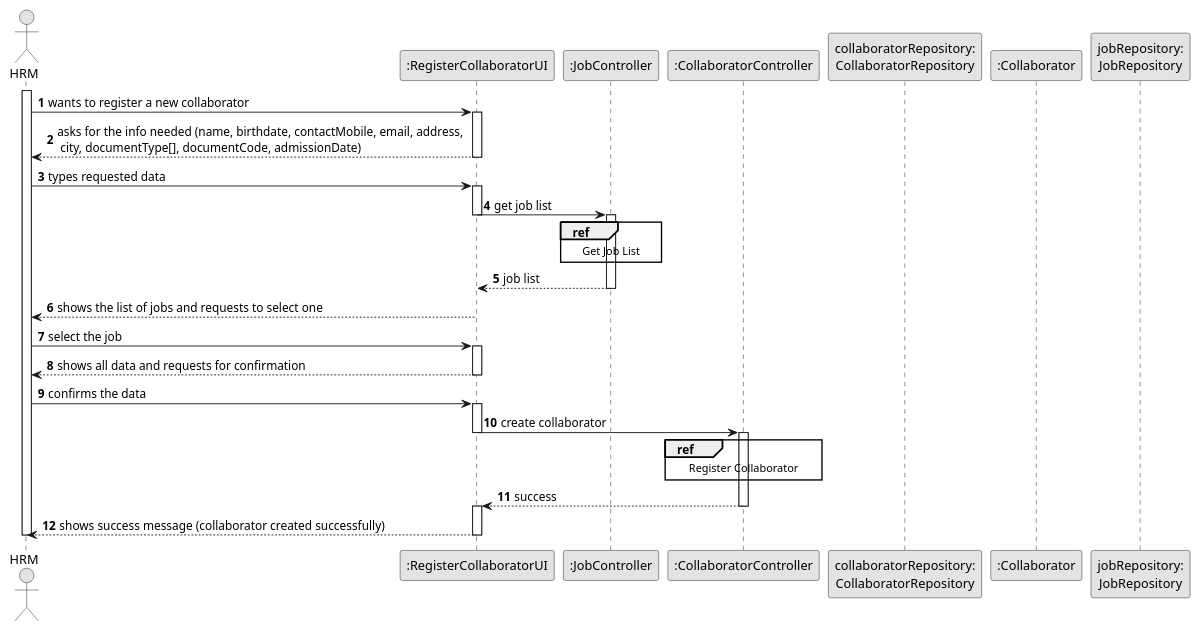
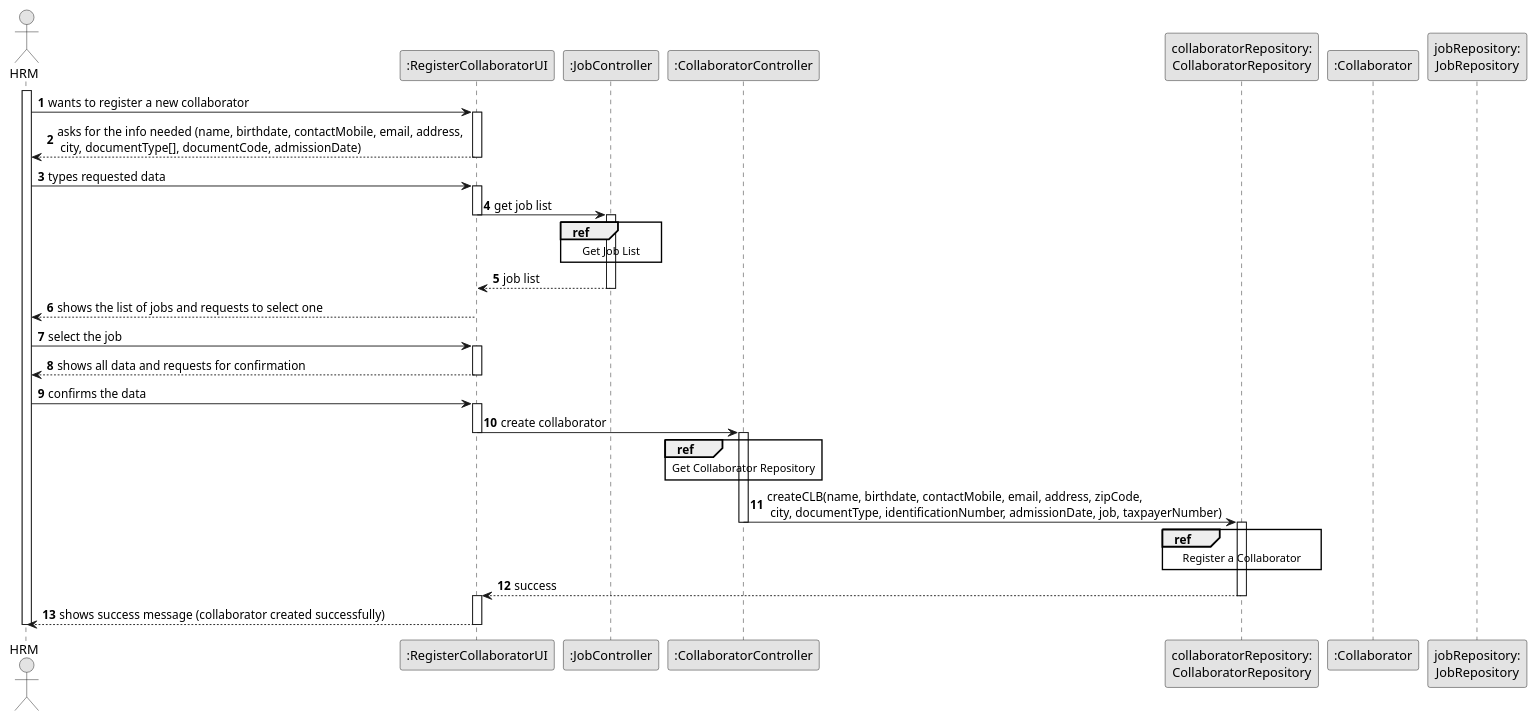
Before and after one commit to RicardoMorim/lapr2-ISEP-Project: the diagram in docs/sprintB/us003/03.design/puml/us003-sequence-diagram-split.puml, drawn with PlantUML. The commit also changed 2 other files, not shown here.

Commit message:
Updated design of US003 (sequence-diagram-partial-get-collaborator-repository / sequence-diagram-partial-register-collab / sequence-diagram-split)

```diff
--- a/docs/sprintB/us003/03.design/puml/us003-sequence-diagram-split.puml
+++ b/docs/sprintB/us003/03.design/puml/us003-sequence-diagram-split.puml
@@ -1,79 +1,89 @@
 @startuml
 skinparam monochrome true
 skinparam packageStyle rectangle
 skinparam shadowing false
 
 autonumber
 
 actor "HRM" as HRM
 participant ":RegisterCollaboratorUI" as UI
 participant ":JobController" as JC
 participant ":CollaboratorController" as CTRL
 participant "collaboratorRepository:\nCollaboratorRepository" as CLBREP
 participant ":Collaborator" as CLB
 participant "jobRepository:\nJobRepository" as jobRepository
 
 
 activate HRM
 
         HRM -> UI : wants to register a new collaborator
         activate UI
 
         UI --> HRM : asks for the info needed (name, birthdate, contactMobile, email, address, \n city, documentType[], documentCode, admissionDate)
         deactivate UI
 
         HRM -> UI : types requested data
         activate UI
 
         UI -> JC: get job list
         deactivate UI
 
 
         activate JC
 
             ref over JC
             Get Job List
             end ref
 
 
             JC --> UI : job list
         deactivate JC
 
 
 
         UI --> HRM : shows the list of jobs and requests to select one
         deactivate UI
 
 
         HRM -> UI : select the job
         activate UI
 
         UI --> HRM: shows all data and requests for confirmation
         deactivate UI
 
         HRM -> UI: confirms the data
         activate UI
 
         UI -> CTRL : create collaborator
 
         deactivate UI
 
         activate CTRL
 
             ref over CTRL
-            Register Collaborator
+            Get Collaborator Repository
             end ref
 
+            CTRL -> CLBREP : createCLB(name, birthdate, contactMobile, email, address, zipCode,\n city, documentType, identificationNumber, admissionDate, job, taxpayerNumber)
+            deactivate CTRL
 
-                CTRL --> UI : success
+            activate CLBREP
+
+            ref over CLBREP
+            Register a Collaborator
+            end ref
+
+            CLBREP --> UI : success
+            deactivate CLBREP
+
         deactivate CTRL
 
         activate UI
         UI --> HRM : shows success message (collaborator created successfully)
         deactivate UI
 
 
 deactivate HRM
 
 
 @enduml
```
